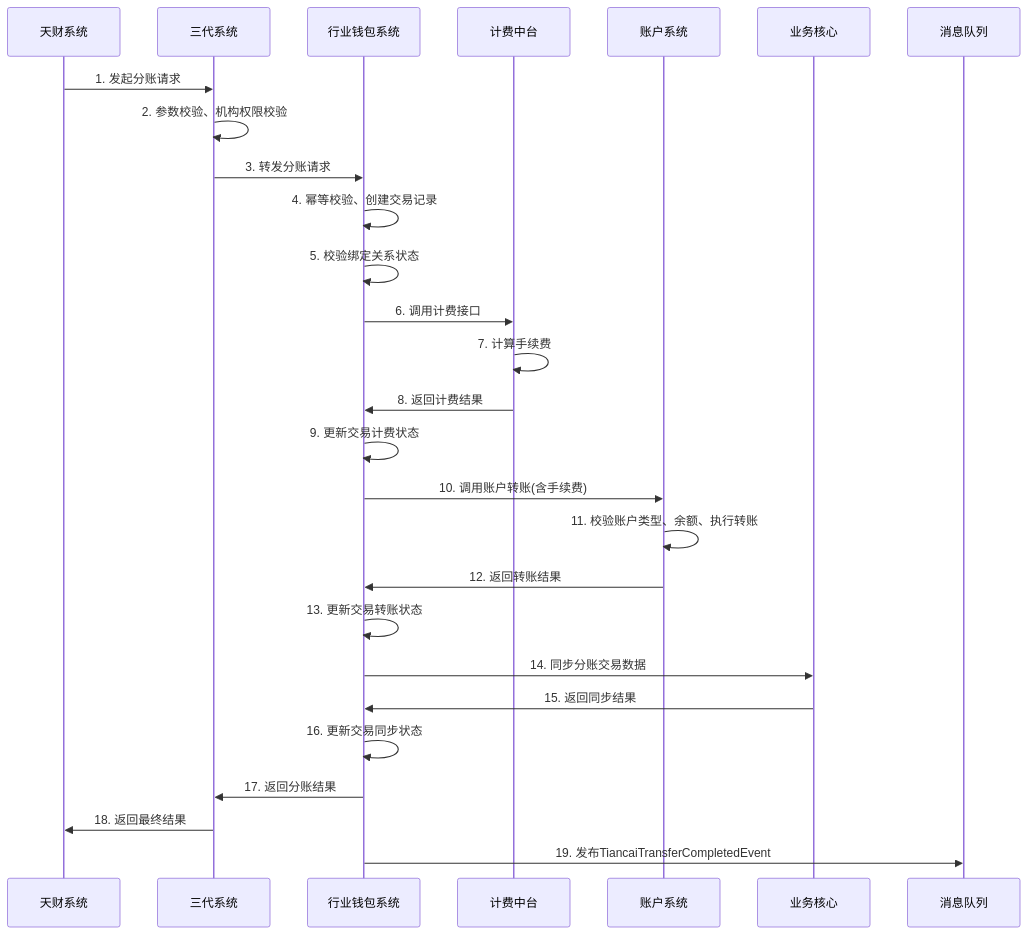
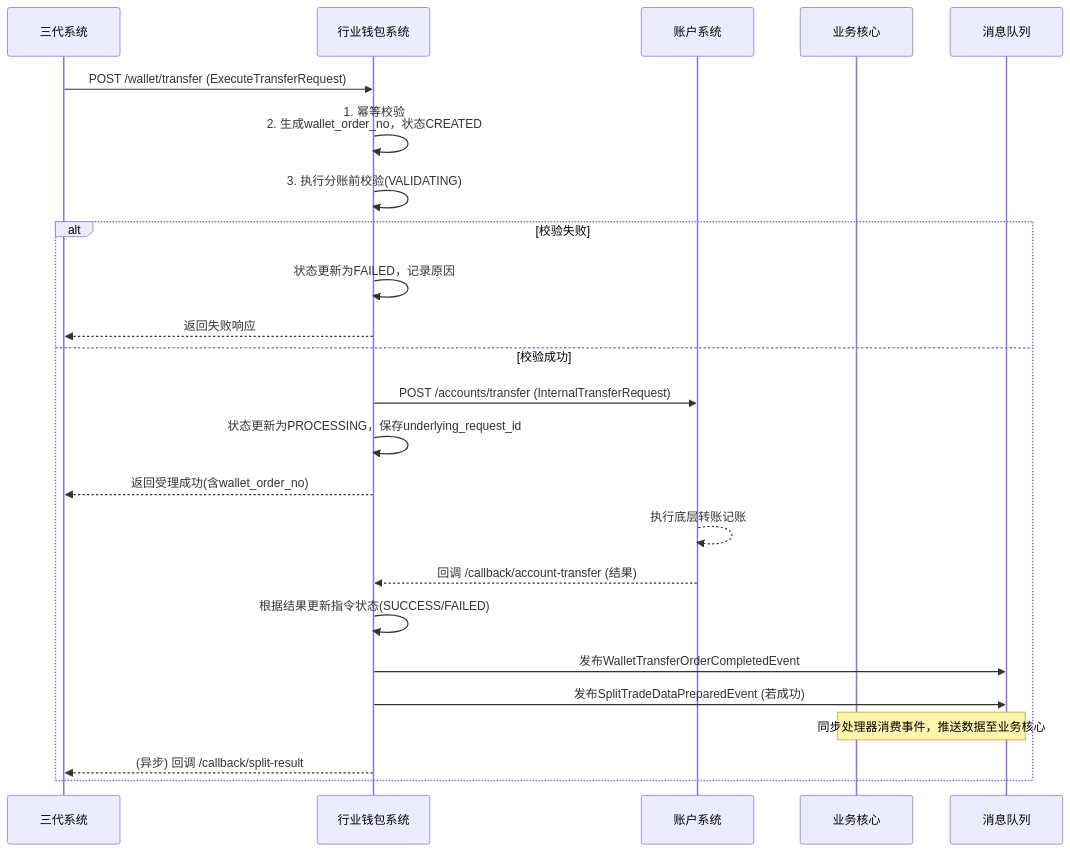
Before and after one commit to youzi211/AiCoding: the second of 3 diagrams in data/天财分账需求/gpt-5.2/workspace/02_modules/module_行业钱包系统.md, drawn with Mermaid. The commit also changed other lines of this file and 29 other files, not shown here.

````diff
--- a/data/天财分账需求/gpt-5.2/workspace/02_modules/module_行业钱包系统.md
+++ b/data/天财分账需求/gpt-5.2/workspace/02_modules/module_行业钱包系统.md
@@ -782,31 +306,27 @@
 ```mermaid
 sequenceDiagram
-    participant T as 天财系统
-    participant G3 as 三代系统
+    participant C as 三代系统
     participant W as 行业钱包系统
-    participant F as 计费中台
     participant A as 账户系统
     participant BC as 业务核心
     participant MQ as 消息队列
-    
-    T->>G3: 1. 发起分账请求
-    G3->>G3: 2. 参数校验、机构权限校验
-    G3->>W: 3. 转发分账请求
-    W->>W: 4. 幂等校验、创建交易记录
-    W->>W: 5. 校验绑定关系状态
-    W->>F: 6. 调用计费接口
-    F->>F: 7. 计算手续费
-    F->>W: 8. 返回计费结果
-    W->>W: 9. 更新交易计费状态
-    W->>A: 10. 调用账户转账(含手续费)
-    A->>A: 11. 校验账户类型、余额、执行转账
-    A->>W: 12. 返回转账结果
-    W->>W: 13. 更新交易转账状态
-    W->>BC: 14. 同步分账交易数据
-    BC->>W: 15. 返回同步结果
-    W->>W: 16. 更新交易同步状态
-    W->>G3: 17. 返回分账结果
-    G3->>T: 18. 返回最终结果
-    
-    W->>MQ: 19. 发布TiancaiTransferCompletedEvent
+
+    C->>W: POST /wallet/transfer (ExecuteTransferRequest)
+    W->>W: 1. 幂等校验<br>2. 生成wallet_order_no，状态CREATED
+    W->>W: 3. 执行分账前校验(VALIDATING)
+    alt 校验失败
+        W->>W: 状态更新为FAILED，记录原因
+        W-->>C: 返回失败响应
+    else 校验成功
+        W->>A: POST /accounts/transfer (InternalTransferRequest)
+        W->>W: 状态更新为PROCESSING，保存underlying_request_id
+        W-->>C: 返回受理成功(含wallet_order_no)
+        A-->>A: 执行底层转账记账
+        A-->>W: 回调 /callback/account-transfer (结果)
+        W->>W: 根据结果更新指令状态(SUCCESS/FAILED)
+        W->>MQ: 发布WalletTransferOrderCompletedEvent
+        W->>MQ: 发布SplitTradeDataPreparedEvent (若成功)
+        Note over MQ,BC: 同步处理器消费事件，推送数据至业务核心
+        W-->>C: (异步) 回调 /callback/split-result
+    end
 ```
````
